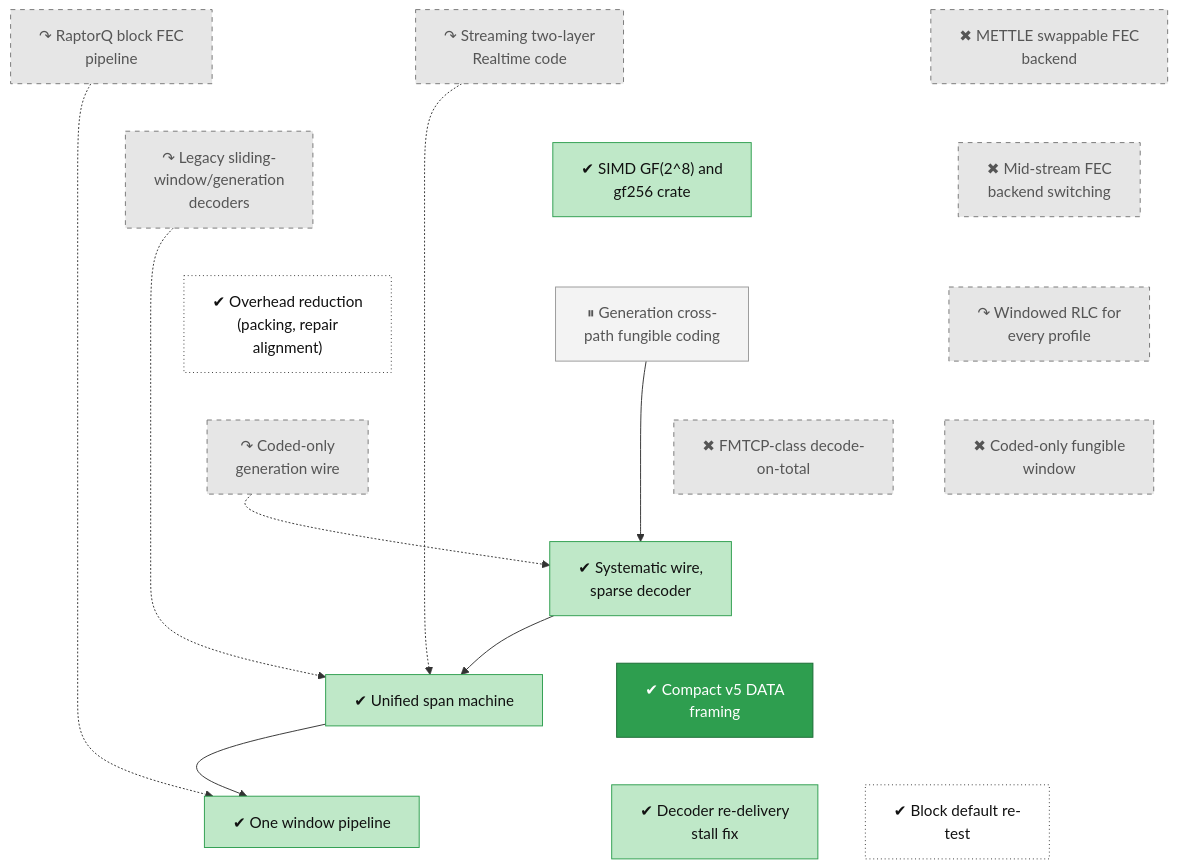
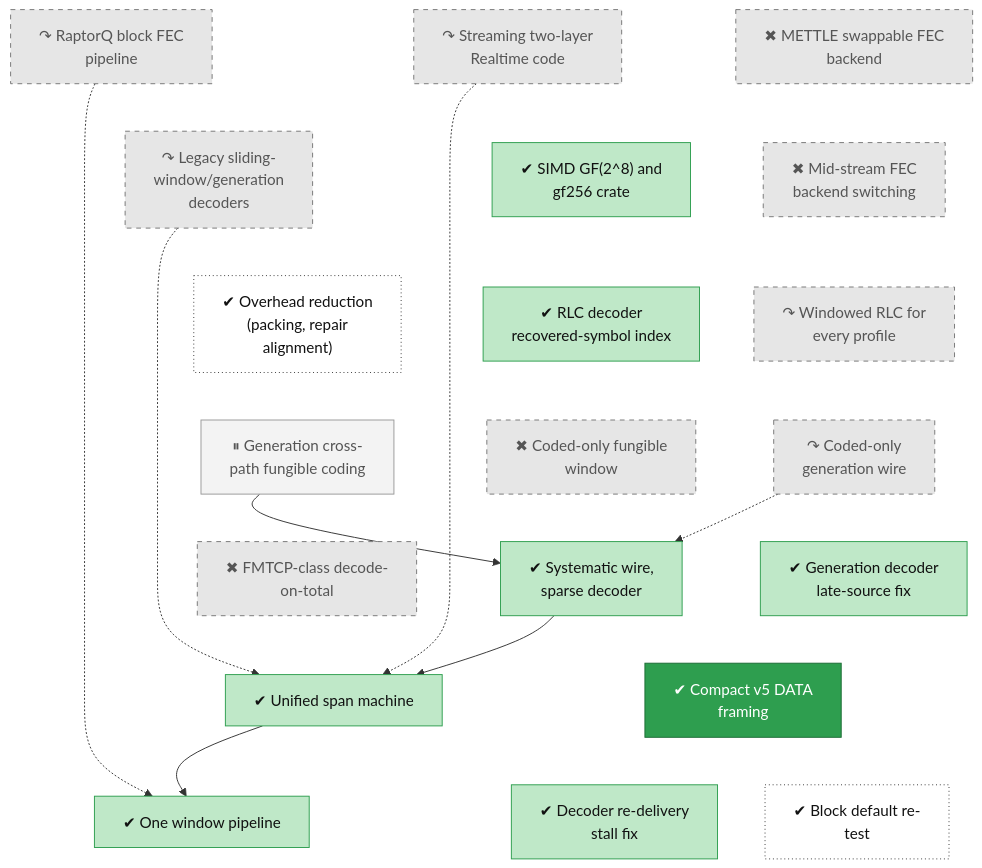
Before and after one commit to lhns/raptorpath: the diagram in docs/roadmap/tracks/cod.md, drawn with Mermaid. The commit also changed other lines of this file and 11 other files, not shown here.

First line of the commit message:
roadmap: backfill pre-November history from the gap scan

````diff
--- a/docs/roadmap/tracks/cod.md
+++ b/docs/roadmap/tracks/cod.md
@@ -10,63 +10,66 @@
 ```mermaid
 flowchart TB
     cod_block_pipeline["↷ RaptorQ block FEC<br/>pipeline"]
     cod_mettle["✖ METTLE swappable FEC<br/>backend"]
     cod_streaming_code["↷ Streaming two-layer<br/>Realtime code"]
     cod_legacy_rlc["↷ Legacy sliding-<br/>window/generation<br/>decoders"]
     cod_backend_switch["✖ Mid-stream FEC<br/>backend switching"]
     cod_gf256_simd["✔ SIMD GF(2^8) and<br/>gf256 crate"]
     cod_overhead_reduction["✔ Overhead reduction<br/>(packing, repair<br/>alignment)"]
     cod_rlc_all_profiles["↷ Windowed RLC for<br/>every profile"]
+    cod_rlc_index["✔ RLC decoder<br/>recovered-symbol index"]
     cod_generation_coding["⏸ Generation cross-<br/>path fungible coding"]
     cod_coded_only_wire["↷ Coded-only<br/>generation wire"]
     cod_fungible_window["✖ Coded-only fungible<br/>window"]
     cod_fmtcp["✖ FMTCP-class decode-<br/>on-total"]
+    cod_gen_decoder_fix["✔ Generation decoder<br/>late-source fix"]
     cod_systematic_wire["✔ Systematic wire,<br/>sparse decoder"]
     cod_unified_span["✔ Unified span machine"]
     cod_wire_compact["✔ Compact v5 DATA<br/>framing"]
     cod_one_pipeline["✔ One window pipeline"]
     cod_s4_block_retest["✔ Block default re-<br/>test"]
     cod_debug_stall["✔ Decoder re-delivery<br/>stall fix"]
     cod_block_pipeline ~~~ cod_legacy_rlc
     cod_mettle ~~~ cod_backend_switch
     cod_streaming_code ~~~ cod_gf256_simd
     cod_legacy_rlc ~~~ cod_overhead_reduction
     cod_backend_switch ~~~ cod_rlc_all_profiles
-    cod_gf256_simd ~~~ cod_generation_coding
-    cod_overhead_reduction ~~~ cod_coded_only_wire
-    cod_rlc_all_profiles ~~~ cod_fungible_window
+    cod_gf256_simd ~~~ cod_rlc_index
+    cod_overhead_reduction ~~~ cod_generation_coding
+    cod_rlc_all_profiles ~~~ cod_coded_only_wire
+    cod_rlc_index ~~~ cod_fungible_window
     cod_generation_coding ~~~ cod_fmtcp
-    cod_coded_only_wire ~~~ cod_systematic_wire
+    cod_coded_only_wire ~~~ cod_gen_decoder_fix
     cod_fungible_window ~~~ cod_systematic_wire
-    cod_fmtcp ~~~ cod_systematic_wire
-    cod_systematic_wire ~~~ cod_unified_span
+    cod_fmtcp ~~~ cod_unified_span
+    cod_gen_decoder_fix ~~~ cod_wire_compact
     cod_systematic_wire ~~~ cod_wire_compact
     cod_unified_span ~~~ cod_one_pipeline
     cod_wire_compact ~~~ cod_s4_block_retest
     cod_wire_compact ~~~ cod_debug_stall
     cod_block_pipeline -.-> cod_one_pipeline
     cod_streaming_code -.-> cod_unified_span
     cod_legacy_rlc -.-> cod_unified_span
     cod_coded_only_wire -.-> cod_systematic_wire
     cod_generation_coding --> cod_systematic_wire
     cod_systematic_wire --> cod_unified_span
     cod_unified_span --> cod_one_pipeline
     classDef vsucc fill:#2e9e4f,stroke:#1b6b34,color:#fff
     classDef succ fill:#bfe8c8,stroke:#2e9e4f,color:#111
     classDef mixed fill:#ffd37a,stroke:#c98a00,color:#111
     classDef bad fill:#f28b82,stroke:#b3261e,color:#111
     classDef dead fill:#e6e6e6,stroke:#777,stroke-dasharray:5 5,color:#555
     classDef inprog fill:#a8cdf5,stroke:#1f6fc5,color:#111
     classDef next fill:#fff,stroke:#333,color:#111
     classDef blocked fill:#fff,stroke:#b3261e,stroke-dasharray:2 2,color:#111
     classDef parked fill:#f3f3f3,stroke:#999,color:#555
     classDef unrated fill:#fff,stroke:#333,stroke-dasharray:1 3,color:#111
     classDef userdec fill:#d9c2f0,stroke:#7b3fb5,color:#111
     classDef defect fill:#ffe0b2,stroke:#d84315,stroke-width:2px,color:#111
     classDef waiting fill:#e3f2fd,stroke:#1f6fc5,stroke-dasharray:5 5,color:#111
     class cod_block_pipeline,cod_mettle,cod_streaming_code,cod_legacy_rlc,cod_backend_switch,cod_rlc_all_profiles,cod_coded_only_wire,cod_fungible_window,cod_fmtcp dead
-    class cod_gf256_simd,cod_systematic_wire,cod_unified_span,cod_one_pipeline,cod_debug_stall succ
+    class cod_gf256_simd,cod_rlc_index,cod_gen_decoder_fix,cod_systematic_wire,cod_unified_span,cod_one_pipeline,cod_debug_stall succ
     class cod_overhead_reduction,cod_s4_block_retest unrated
     class cod_generation_coding parked
     class cod_wire_compact vsucc
 ```
````
